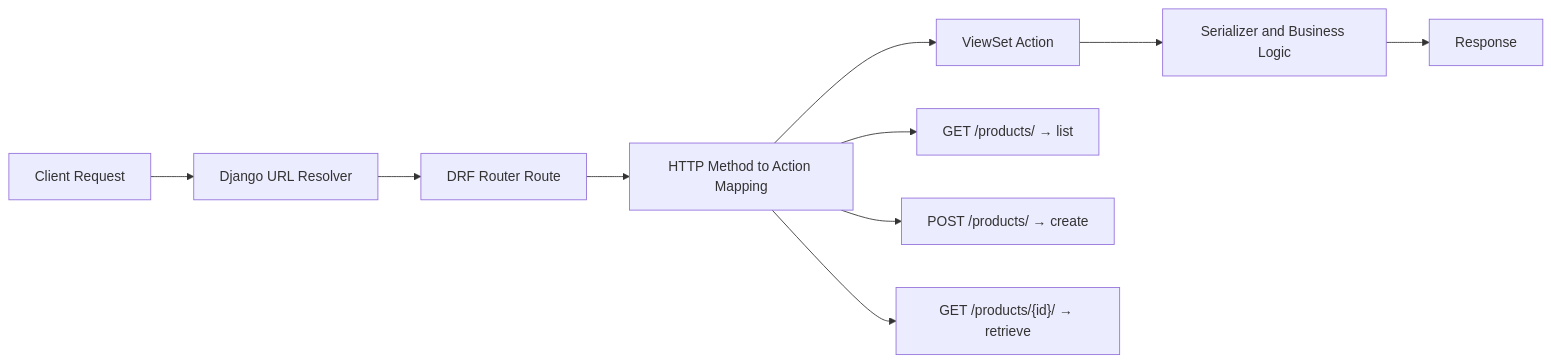
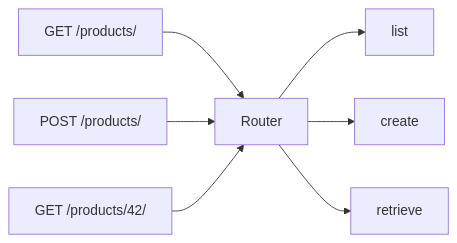
One commit to AvadhBhalodiya/Interview-Preparation changed the second of 3 diagrams in src/content/drf/viewsets-routers.md. Above: the diagram before and after it, drawn with Mermaid. The commit also changed other lines of this file and 80 other files, not shown here.

````diff
--- a/src/content/drf/viewsets-routers.md
+++ b/src/content/drf/viewsets-routers.md
@@ -155,13 +69,11 @@
 ```mermaid
 flowchart LR
-    A[Client Request] --> B[Django URL Resolver]
-    B --> C[DRF Router Route]
-    C --> D[HTTP Method to Action Mapping]
-    D --> E[ViewSet Action]
-    E --> F[Serializer and Business Logic]
-    F --> G[Response]
+    A[GET /products/] --> B[Router]
+    B --> C[list]
 
-    D --> D1["GET /products/ → list"]
-    D --> D2["POST /products/ → create"]
-    D --> D3["GET /products/{id}/ → retrieve"]
+    D[POST /products/] --> B
+    B --> E[create]
+
+    F[GET /products/42/] --> B
+    B --> G[retrieve]
 ```
````
